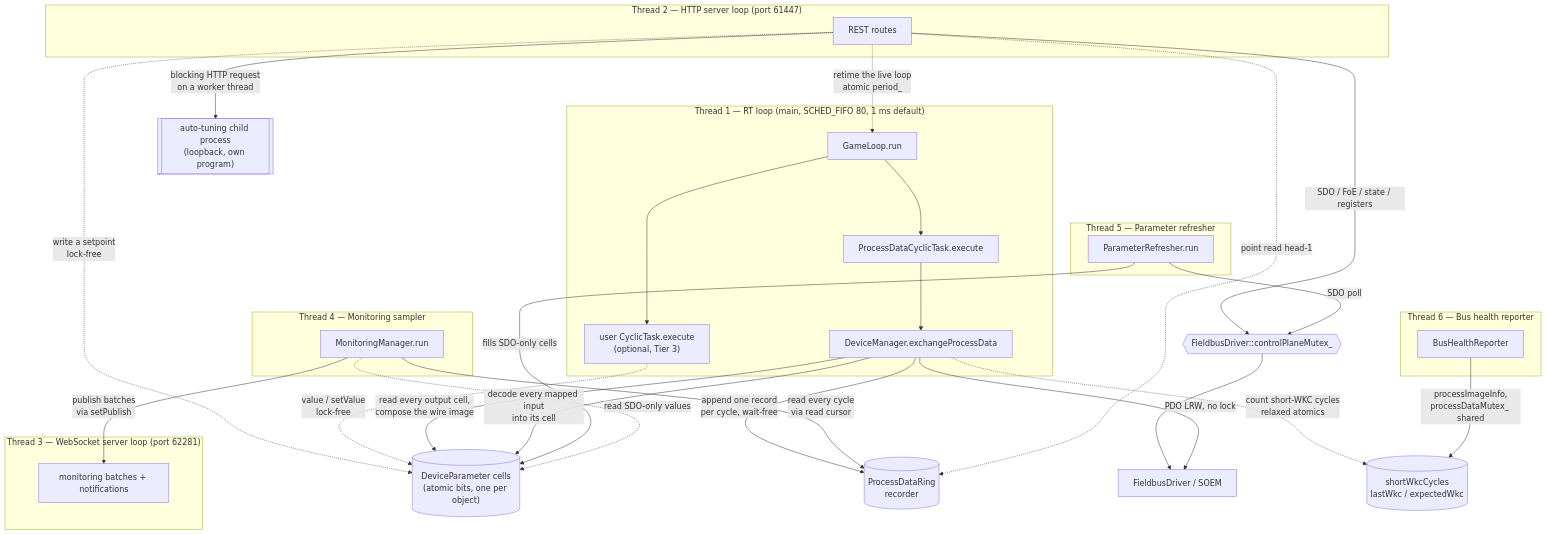
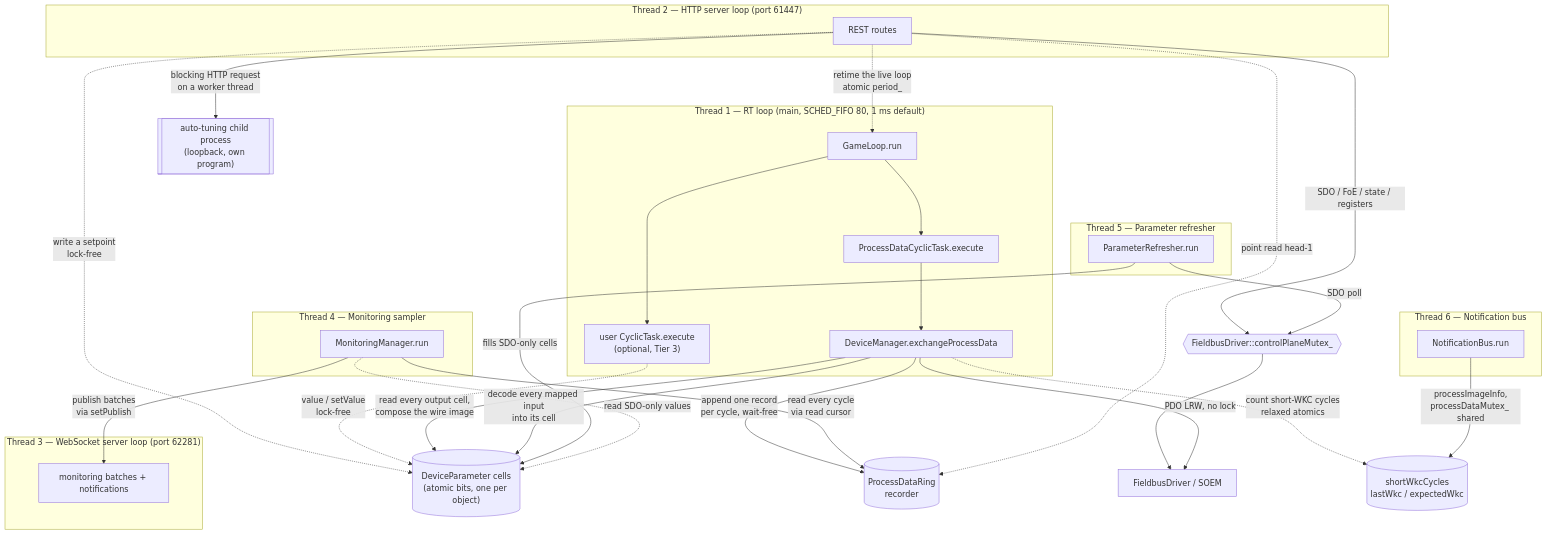
The diagram in docs/THREADS.md (synapticon/motion-master), drawn with Mermaid before and after one commit. The commit also changed other lines of this file and 24 other files, not shown here.

````diff
--- a/docs/THREADS.md
+++ b/docs/THREADS.md
@@ -52,42 +52,42 @@
 ```mermaid
 flowchart TB
     subgraph RT["Thread 1 — RT loop (main, SCHED_FIFO 80, 1 ms default)"]
         GL[GameLoop.run] --> PDT[ProcessDataCyclicTask.execute]
         PDT --> EPD[DeviceManager.exchangeProcessData]
         GL --> UT["user CyclicTask.execute<br/>(optional, Tier 3)"]
     end
     subgraph HSRV["Thread 2 — HTTP server loop (port 61447)"]
         HTTP[REST routes]
     end
     subgraph WSRV["Thread 3 — WebSocket server loop (port 62281)"]
         WS[monitoring batches + notifications]
     end
     subgraph SAMP["Thread 4 — Monitoring sampler"]
         MS[MonitoringManager.run]
     end
     subgraph REF["Thread 5 — Parameter refresher"]
         PR[ParameterRefresher.run]
     end
-    subgraph BHR["Thread 6 — Bus health reporter"]
-        BH[BusHealthReporter]
+    subgraph NB["Thread 6 — Notification bus"]
+        BH[NotificationBus.run]
     end
 
     HTTP -.->|write a setpoint<br/>lock-free| CELLS[("DeviceParameter cells<br/>(atomic bits, one per object)")]
     HTTP -.->|retime the live loop<br/>atomic period_| GL
     UT -.->|value / setValue<br/>lock-free| CELLS
     EPD -->|read every output cell,<br/>compose the wire image| CELLS
     EPD -->|decode every mapped input<br/>into its cell| CELLS
     EPD -->|append one record<br/>per cycle, wait-free| RING[(ProcessDataRing<br/>recorder)]
     MS -->|read every cycle<br/>via read cursor| RING
     HTTP -.->|point read head-1| RING
     HTTP -->|SDO / FoE / state / registers| SM{{FieldbusDriver::controlPlaneMutex_}}
     PR -->|SDO poll| SM
     SM --> DRV[FieldbusDriver / SOEM]
     EPD -->|PDO LRW, no lock| DRV
     MS -->|publish batches<br/>via setPublish| WS
     PR -->|fills SDO-only cells| CELLS
     MS -.->|read SDO-only values| CELLS
     EPD -.->|count short-WKC cycles<br/>relaxed atomics| WKC[("shortWkcCycles<br/>lastWkc / expectedWkc")]
     BH -->|processImageInfo,<br/>processDataMutex_ shared| WKC
     HTTP -->|blocking HTTP request<br/>on a worker thread| AT[["auto-tuning child process<br/>(loopback, own program)"]]
 ```
````
